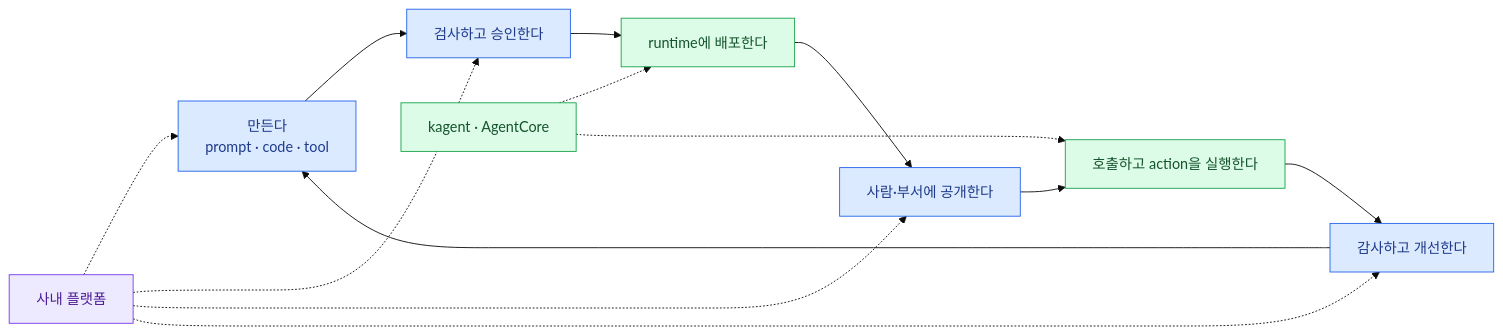
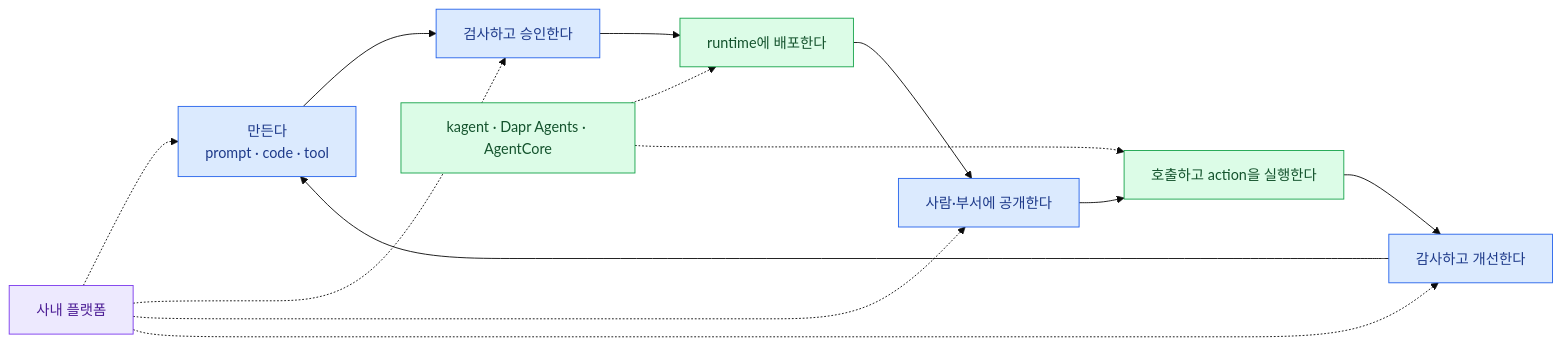
The diagram in src/content/docs/agent-platform/00-position.mdx (mechurak/study-starlight), drawn with Mermaid (base theme) before and after one commit. The commit also changed other lines of this file and 24 other files, not shown here.

Commit message:
Expand agent platform and kagent lab guidance

````diff
--- a/src/content/docs/agent-platform/00-position.mdx
+++ b/src/content/docs/agent-platform/00-position.mdx
@@ -28,23 +28,23 @@
 ```mermaid
 flowchart LR
     CREATE["만든다<br/>prompt · code · tool"] --> REVIEW["검사하고 승인한다"]
     REVIEW --> DEPLOY["runtime에 배포한다"]
     DEPLOY --> SHARE["사람·부서에 공개한다"]
     SHARE --> USE["호출하고 action을 실행한다"]
     USE --> OBS["감사하고 개선한다"]
     OBS --> CREATE
 
     PLATFORM["사내 플랫폼"] -.-> CREATE
     PLATFORM -.-> REVIEW
     PLATFORM -.-> SHARE
     PLATFORM -.-> OBS
-    RUNTIME["kagent · AgentCore"] -.-> DEPLOY
+    RUNTIME["kagent · Dapr Agents · AgentCore"] -.-> DEPLOY
     RUNTIME -.-> USE
 
     classDef key fill:#dbeafe,stroke:#2563eb,color:#1e3a8a
     classDef zone fill:#ede9fe,stroke:#7c3aed,color:#4c1d95
     classDef ok fill:#dcfce7,stroke:#16a34a,color:#14532d
     class CREATE,REVIEW,SHARE,OBS key
     class PLATFORM zone
     class DEPLOY,USE,RUNTIME ok
 ```
````
